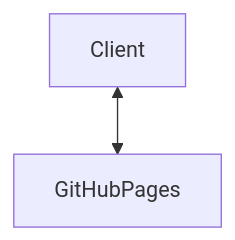
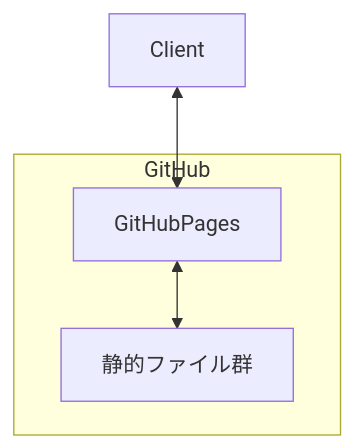
Before and after one commit to wasedasai/StudyBook: the first of 3 diagrams in textbook/Basic_Infra.md, drawn with Mermaid.

````diff
--- a/textbook/Basic_Infra.md
+++ b/textbook/Basic_Infra.md
@@ -35,4 +35,7 @@
 ```mermaid
 flowchart 
-  Client<-->GitHubPages
+  Client<-->A[GitHubPages]
+  subgraph GitHub
+  A<-->静的ファイル群
+  end
 ```
````
